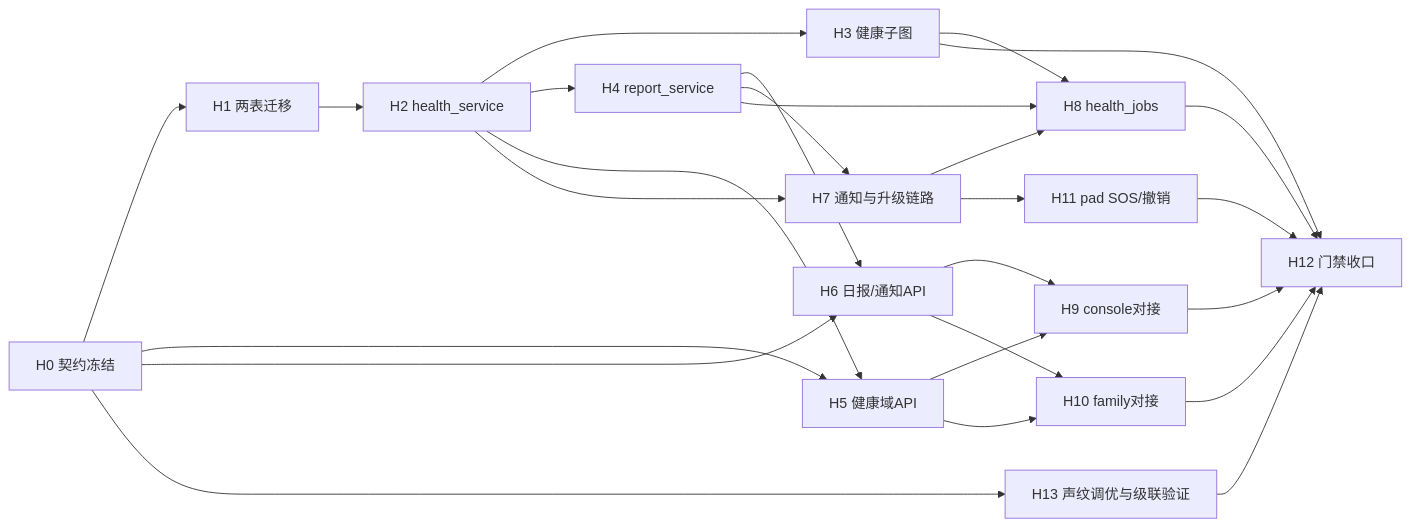
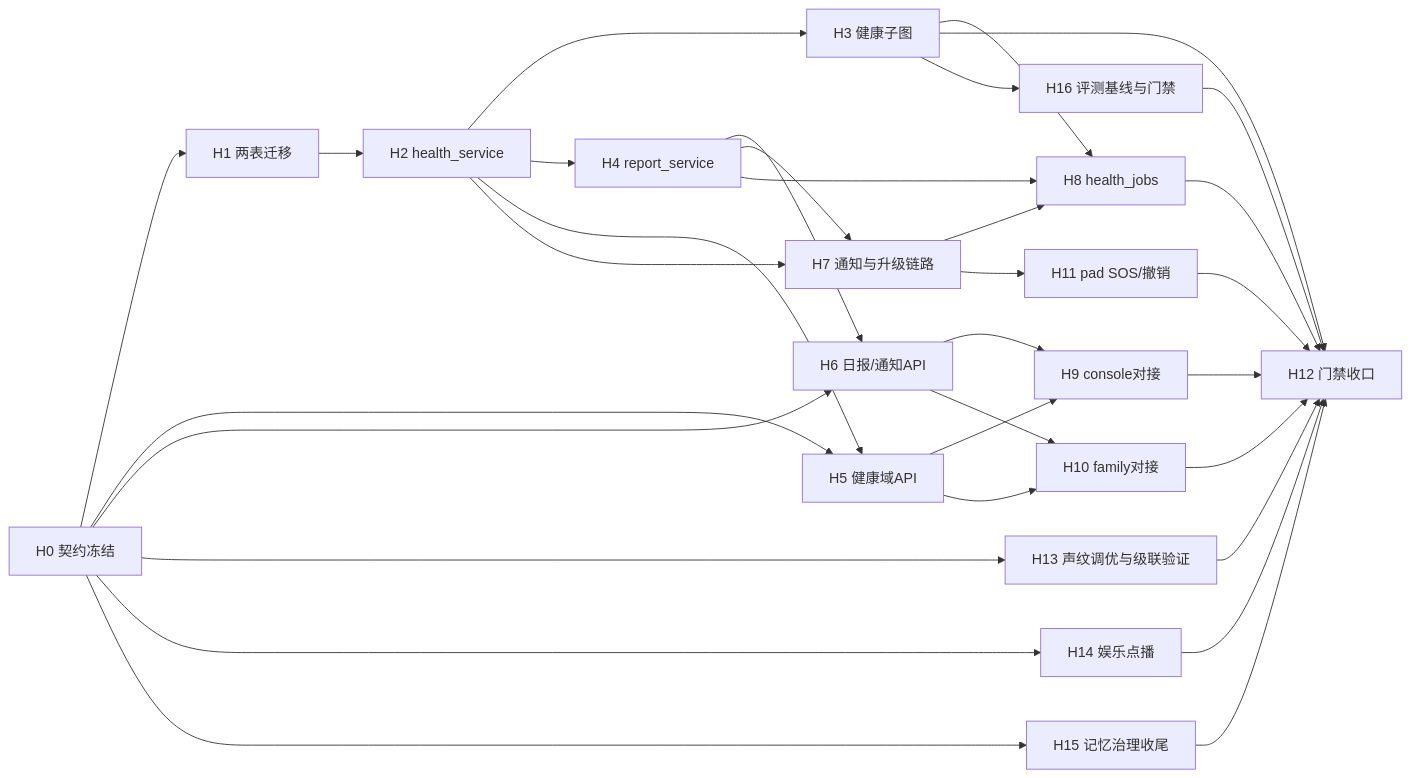
The diagram in docs/plans/day08/day-08-健康采集与三端后台.md (zha-yu/kangban), drawn with Mermaid before and after one commit. The commit also changed other lines of this file and 11 other files, not shown here.

````diff
--- a/docs/plans/day08/day-08-健康采集与三端后台.md
+++ b/docs/plans/day08/day-08-健康采集与三端后台.md
@@ -72,28 +83,34 @@
 ```mermaid
 flowchart LR
     H0[H0 契约冻结] --> H1[H1 两表迁移]
     H1 --> H2[H2 health_service]
     H2 --> H3[H3 健康子图]
     H2 --> H4[H4 report_service]
     H0 --> H5[H5 健康域API]
     H0 --> H6[H6 日报/通知API]
     H2 --> H5
     H4 --> H6
     H2 --> H7[H7 通知与升级链路]
     H4 --> H7
     H3 --> H8[H8 health_jobs]
     H4 --> H8
     H7 --> H8
     H5 --> H9[H9 console对接]
     H6 --> H9
     H5 --> H10[H10 family对接]
     H6 --> H10
     H7 --> H11[H11 pad SOS/撤销]
     H3 --> H12[H12 门禁收口]
     H8 --> H12
     H9 --> H12
     H10 --> H12
     H11 --> H12
     H0 --> H13[H13 声纹调优与级联验证]
     H13 --> H12
+    H0 --> H14[H14 娱乐点播]
+    H14 --> H12
+    H0 --> H15[H15 记忆治理收尾]
+    H15 --> H12
+    H3 --> H16[H16 评测基线与门禁]
+    H16 --> H12
 ```
````
